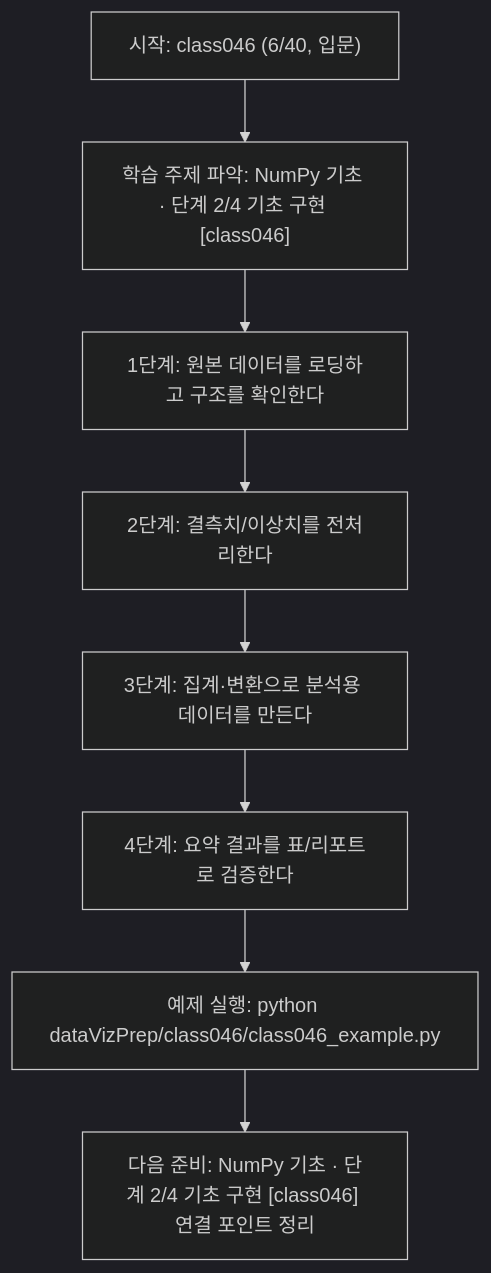
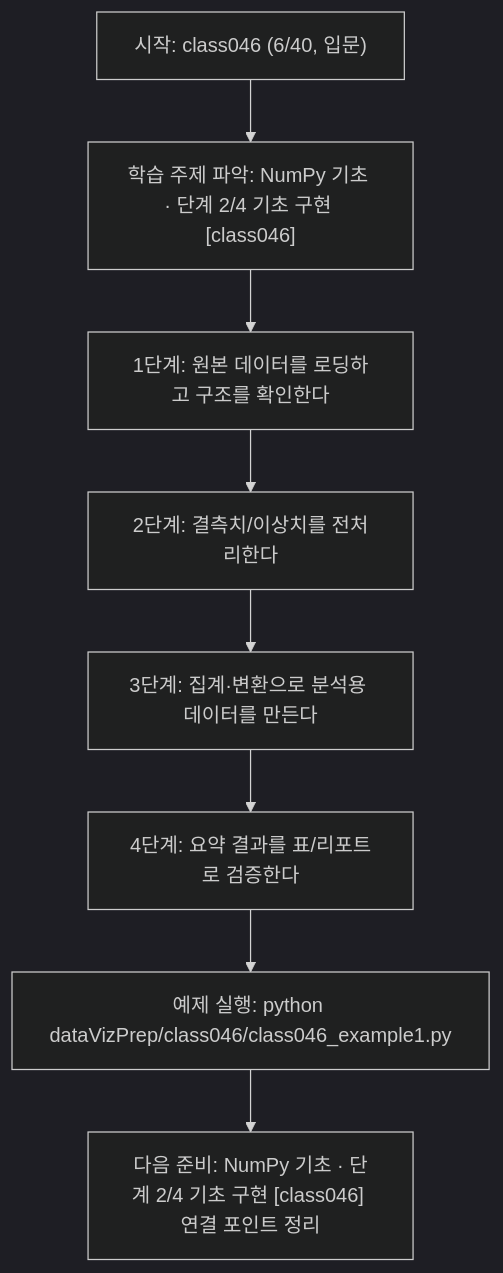
The diagram in dataVizPrep/class046/class046.md (edumgt/Python-AI_Agent-Class), drawn with Mermaid (dark theme) before and after one commit. The commit also changed other lines of this file and 2959 other files, not shown here.

````diff
--- a/dataVizPrep/class046/class046.md
+++ b/dataVizPrep/class046/class046.md
@@ -110,18 +110,18 @@
 ```mermaid
 flowchart TD
 N1["시작: class046 (6/40, 입문)"]
 N2["학습 주제 파악: NumPy 기초 · 단계 2/4 기초 구현 [class046]"]
 N3["1단계: 원본 데이터를 로딩하고 구조를 확인한다"]
 N4["2단계: 결측치/이상치를 전처리한다"]
 N5["3단계: 집계·변환으로 분석용 데이터를 만든다"]
 N6["4단계: 요약 결과를 표/리포트로 검증한다"]
-N7["예제 실행: python dataVizPrep/class046/class046_example.py"]
+N7["예제 실행: python dataVizPrep/class046/class046_example1.py"]
 N8["다음 준비: NumPy 기초 · 단계 2/4 기초 구현 [class046] 연결 포인트 정리"]
 N1 --> N2
 N2 --> N3
 N3 --> N4
 N4 --> N5
 N5 --> N6
 N6 --> N7
 N7 --> N8
 ```
````
